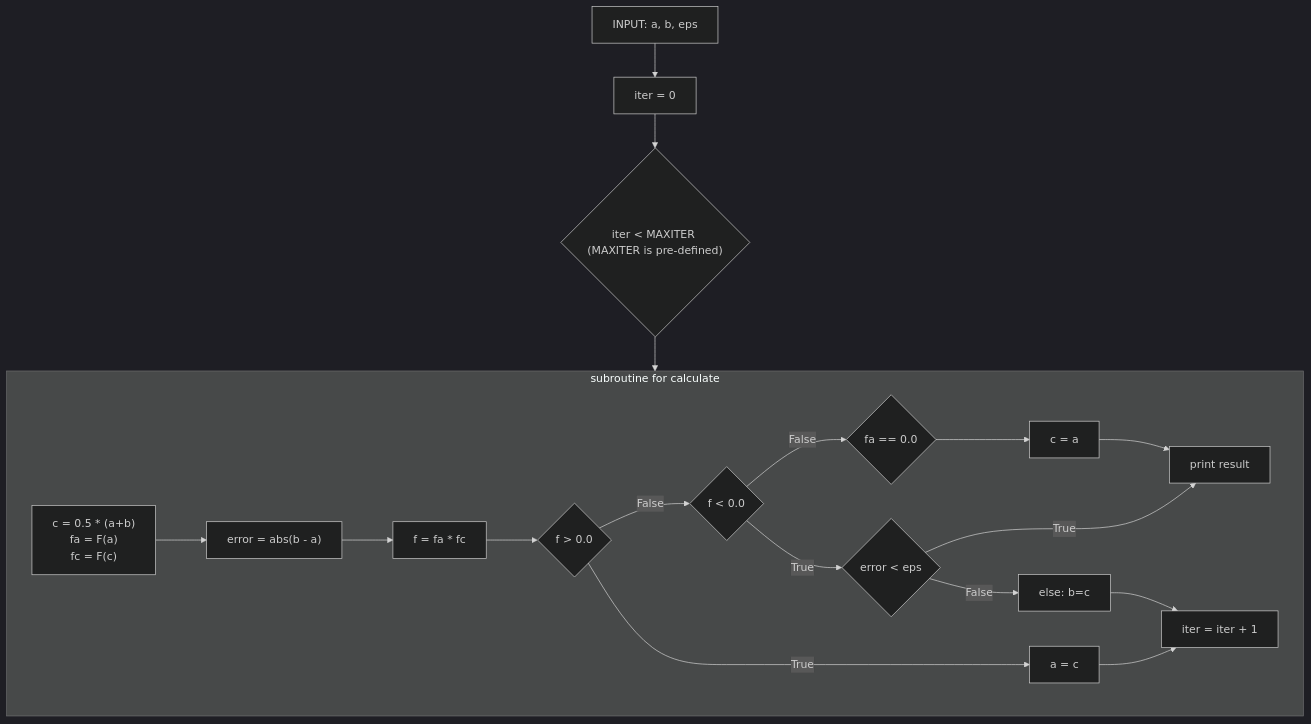
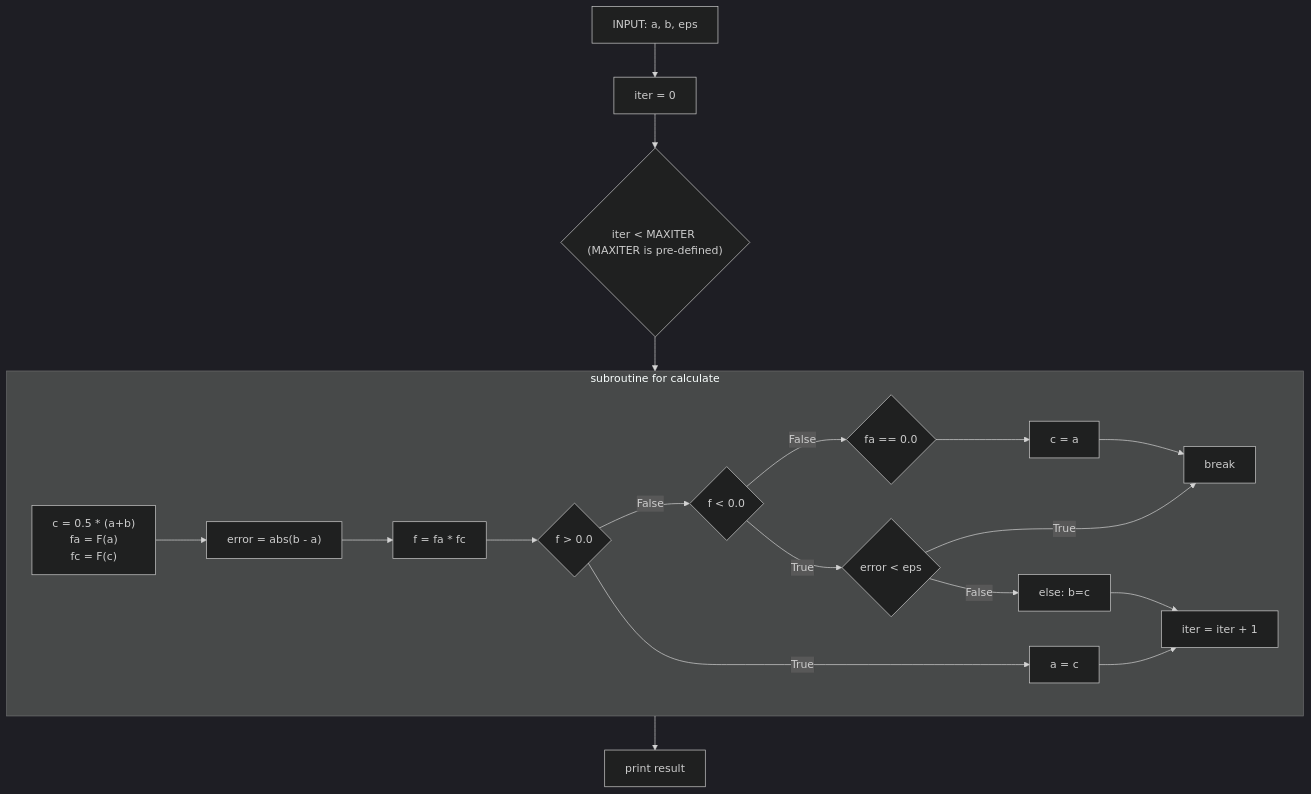
One commit to jsk0910/numerical_analysis changed the diagram in Non-linear Equations/README.md. Above: the diagram before and after it, drawn with Mermaid (dark theme).

````diff
--- a/Non-linear Equations/README.md
+++ b/Non-linear Equations/README.md
@@ -26,26 +26,27 @@
 ```mermaid
 flowchart TD;
     INPUT["INPUT: a, b, eps"] --> A
     A["iter = 0"] --> whileif
     whileif{"iter < MAXITER (MAXITER is pre-defined)"} --> while
     subgraph while ["subroutine for calculate"]
         whileB["c = 0.5 * (a+b)\n fa = F(a)\n fc = F(c)"] --> whileE
         whileE["error = abs(b - a)"] --> whileF
         whileF["f = fa * fc"] --> whileIf1
         whileIf1{"f > 0.0"} -- "True" --> whileIf1True
         whileIf1True["a = c"]
         whileIf1 -- "False" --> whileIf2
         whileIf2{"f < 0.0"} -- "True" --> if1
-        if1{"error < eps"} -- "True" --> print
+        if1{"error < eps"} -- "True" --> break
         if1 -- "False" --> else
         else["else: b=c"]
         whileIf2 -- "False" --> if2
             if2{"fa == 0.0"} --> change
             change["c = a"]
-            change --> print
+            change --> break
         iter["iter = iter + 1"]
         whileIf1True --> iter
         else --> iter
     end
     print["print result"]
+    while --> print
 ```
````
